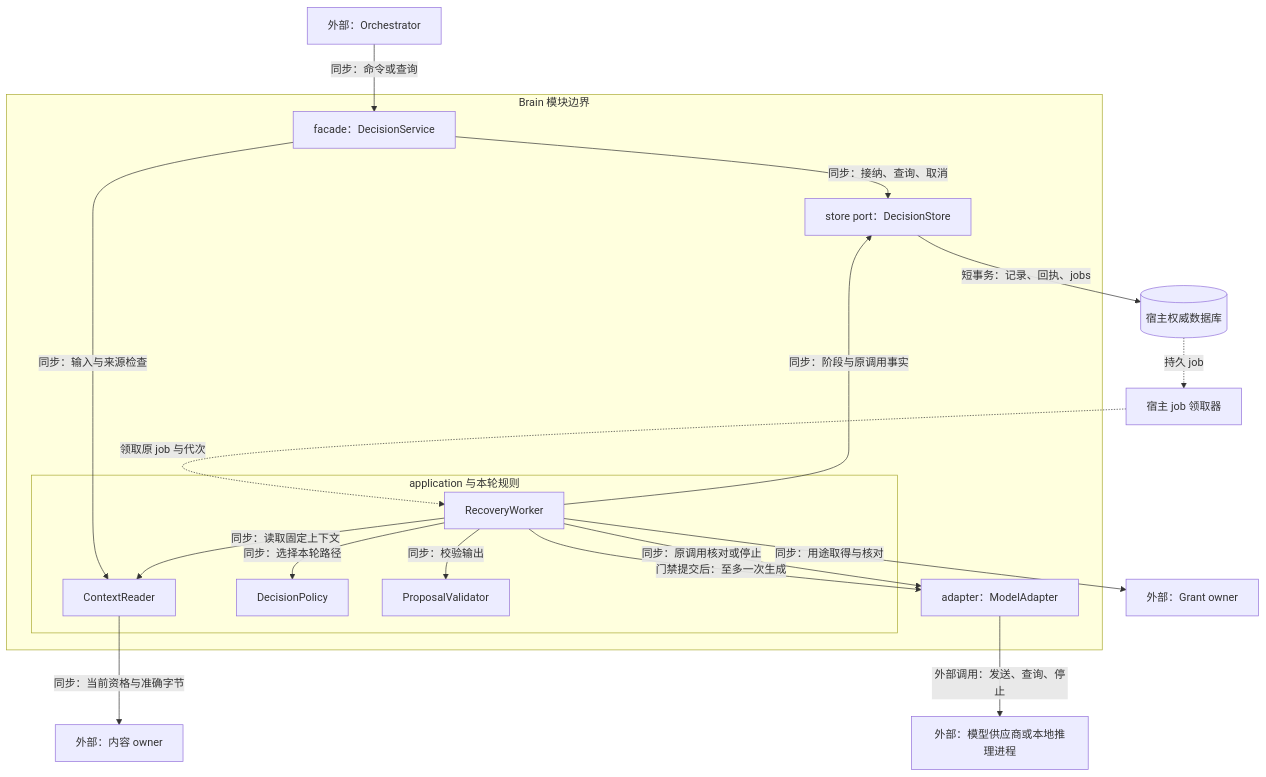
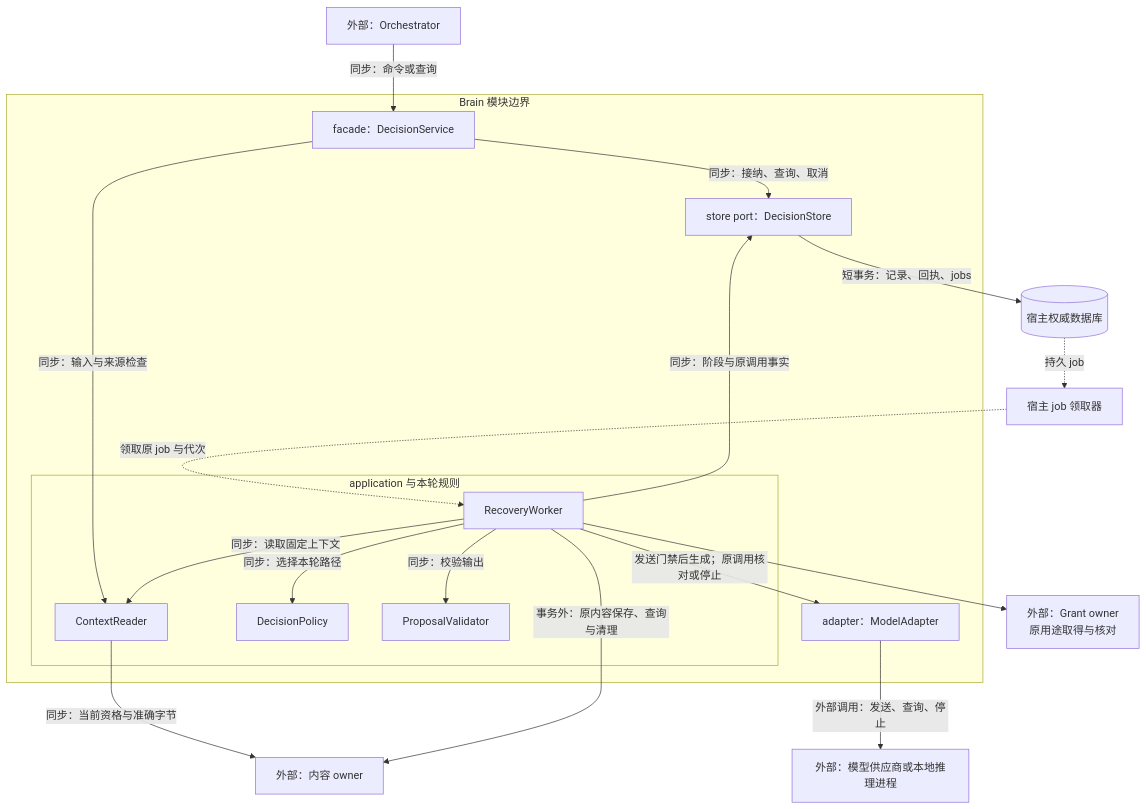
Before and after one commit to ruipengliu/lerna: the first of 4 diagrams in docs/architecture/brain/implementation.md, drawn with Mermaid. The commit also changed other lines of this file and 83 other files, not shown here.

Commit message:
docs: refine architecture design and verification contracts

````diff
--- a/docs/architecture/brain/implementation.md
+++ b/docs/architecture/brain/implementation.md
@@ -26,35 +26,35 @@
 ```mermaid
 flowchart TB
     H[外部：Orchestrator]
     O[外部：内容 owner]
-    G[外部：Grant owner]
+    G[外部：Grant owner<br/>原用途取得与核对]
     P[外部：模型供应商或本地推理进程]
     DB[(宿主权威数据库)]
     J[宿主 job 领取器]
     subgraph B[Brain 模块边界]
       D[facade：DecisionService]
       subgraph A[application 与本轮规则]
         C[ContextReader]
         R[DecisionPolicy]
         V[ProposalValidator]
         W[RecoveryWorker]
       end
       S[store port：DecisionStore]
       M[adapter：ModelAdapter]
       D -->|同步：输入与来源检查| C
       D -->|同步：接纳、查询、取消| S
       W -->|同步：读取固定上下文| C
       W -->|同步：选择本轮路径| R
       W -->|同步：校验输出| V
       W -->|同步：阶段与原调用事实| S
-      W -->|门禁提交后：至多一次生成| M
-      W -->|同步：原调用核对或停止| M
+      W -->|发送门禁后生成；原调用核对或停止| M
     end
     H -->|同步：命令或查询| D
     C -->|同步：当前资格与准确字节| O
-    W -->|同步：用途取得与核对| G
+    W -->|事务外：原内容保存、查询与清理| O
+    W --> G
     M -->|外部调用：发送、查询、停止| P
     S -->|短事务：记录、回执、jobs| DB
     DB -.持久 job.-> J
     J -.领取原 job 与代次.-> W
 ```
````
